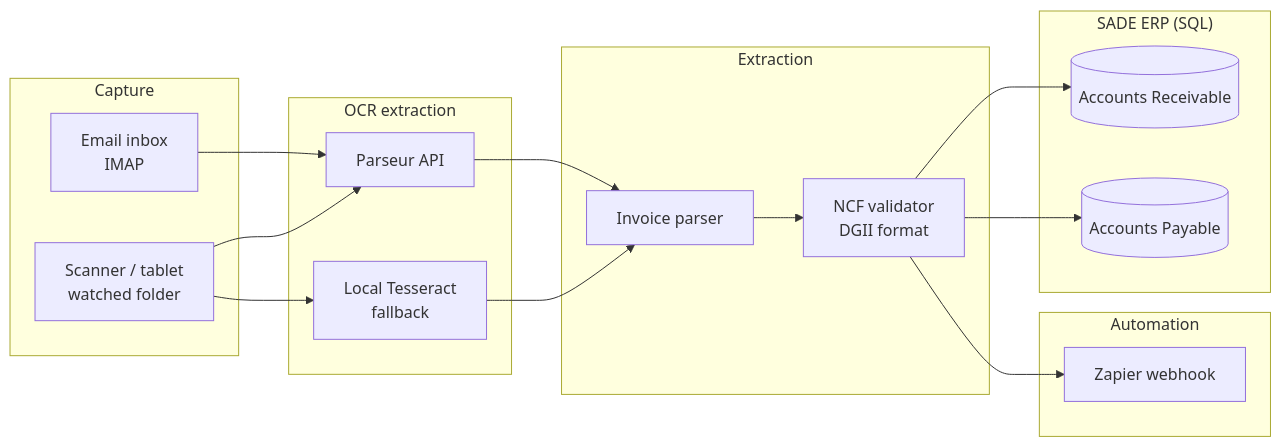
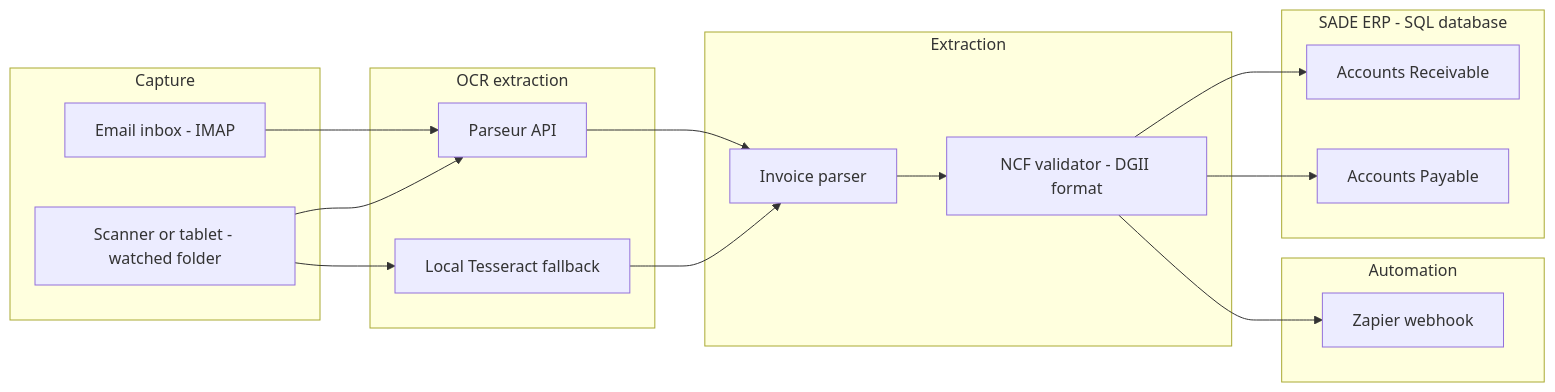
One commit to MrBoyard7/invoice-ocr-erp-automation-agent changed the diagram in docs/architecture.md. Above: the diagram before and after it, drawn with Mermaid. The commit also changed 4 other files, not shown here.

Commit message:
Fix Mermaid diagram rendering on GitHub (simplify node shapes and subgraph syntax)

````diff
--- a/docs/architecture.md
+++ b/docs/architecture.md
@@ -10,36 +10,36 @@
 ```mermaid
 flowchart LR
-    subgraph Capture
-        A1[Email inbox<br/>IMAP]
-        A2[Scanner / tablet<br/>watched folder]
+    subgraph Capture[Capture]
+        A1[Email inbox - IMAP]
+        A2[Scanner or tablet - watched folder]
     end
 
-    subgraph OCR["OCR extraction"]
+    subgraph OCR[OCR extraction]
         B1[Parseur API]
-        B2[Local Tesseract<br/>fallback]
+        B2[Local Tesseract fallback]
     end
 
-    subgraph Extraction
+    subgraph Extraction[Extraction]
         C1[Invoice parser]
-        C2[NCF validator<br/>DGII format]
+        C2[NCF validator - DGII format]
     end
 
-    subgraph Automation
+    subgraph Automation[Automation]
         D1[Zapier webhook]
     end
 
-    subgraph ERP["SADE ERP (SQL)"]
-        E1[(Accounts Receivable)]
-        E2[(Accounts Payable)]
+    subgraph ERP[SADE ERP - SQL database]
+        E1[Accounts Receivable]
+        E2[Accounts Payable]
     end
 
     A1 --> B1
     A2 --> B1
     A2 --> B2
     B1 --> C1
     B2 --> C1
     C1 --> C2
     C2 --> D1
     C2 --> E1
     C2 --> E2
 ```
````
